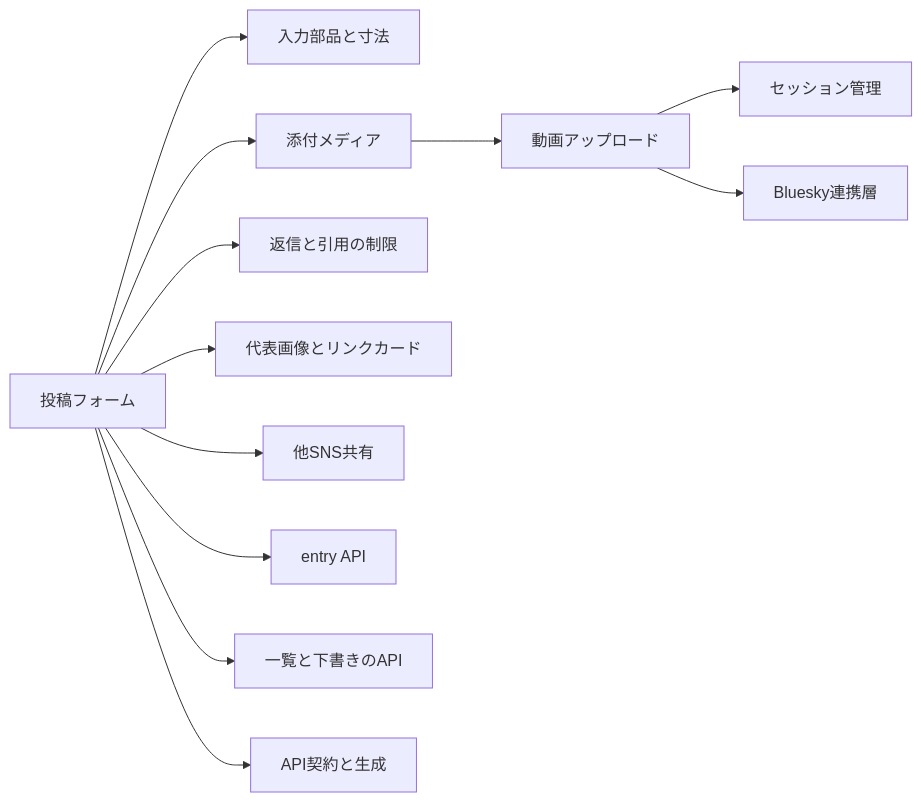
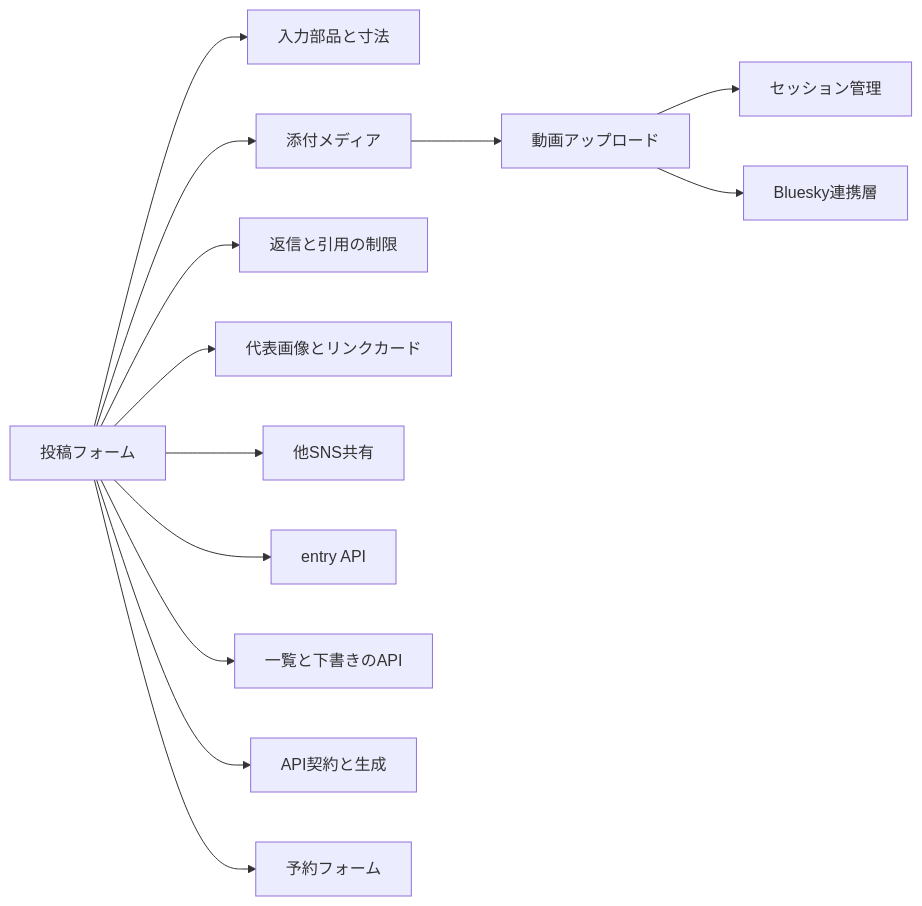
One commit to nekono-dev/skyshare changed the first of 6 diagrams in docs/architecture/compose.md. Above: the diagram before and after it, drawn with Mermaid. The commit also changed other lines of this file and 14 other files, not shown here.

````diff
--- a/docs/architecture/compose.md
+++ b/docs/architecture/compose.md
@@ -34,14 +35,15 @@
 ```mermaid
 flowchart LR
   composer["投稿フォーム"] --> input["入力部品と寸法"]
   composer --> media["添付メディア"]
   composer --> gate["返信と引用の制限"]
   composer --> visual["代表画像とリンクカード"]
   composer --> share["他SNS共有"]
   composer --> entryapi["entry API"]
   composer --> listapi["一覧と下書きのAPI"]
   composer --> contract["API契約と生成"]
+  composer --> schedule["予約フォーム"]
   media --> video["動画アップロード"]
   video --> session["セッション管理"]
   video --> atproto["Bluesky連携層"]
 ```
````
